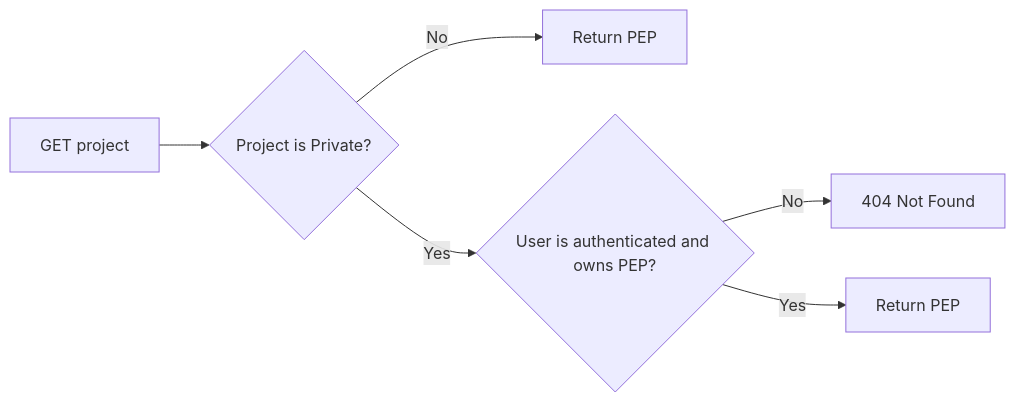
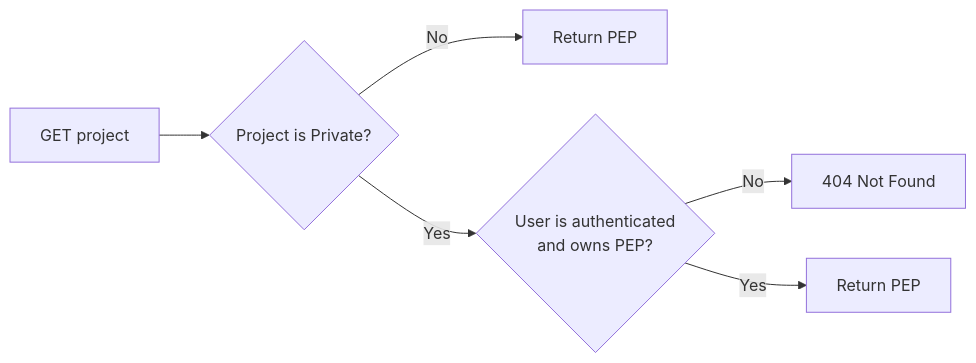
One commit to pepkit/pephub changed the first of 3 diagrams in docs/authentication.md. Above: the diagram before and after it, drawn with Mermaid. The commit also changed other lines of this file, not shown here.

Commit message:
update auth flows

````diff
--- a/docs/authentication.md
+++ b/docs/authentication.md
@@ -11,8 +11,8 @@
 ```mermaid
 flowchart LR
     A[GET project] --> B{Project is Private?}
     B -- No --> C[Return PEP]
-    B -- Yes --> D{User is authenticated and owns PEP?}
+    B -- Yes --> D{User is authenticated <br/> and owns PEP?}
     D -- No --> E[404 Not Found]
     D -- Yes --> F[Return PEP]
 ```
````
